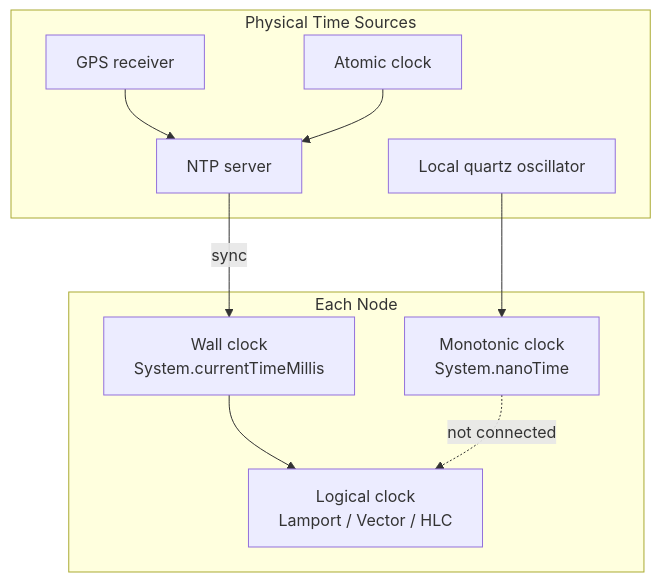
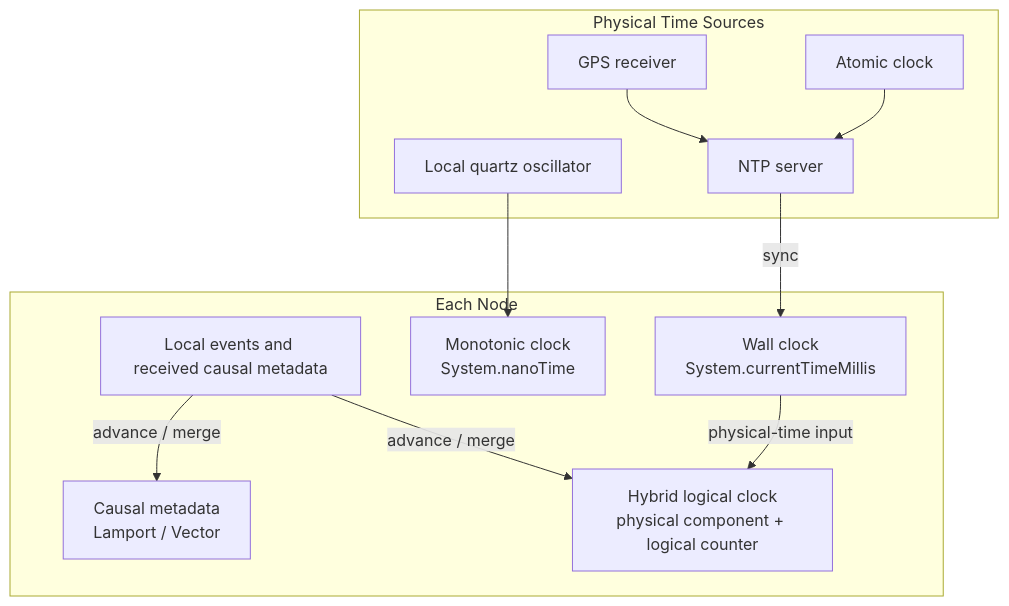
The first of 2 diagrams in engineering-fundamentals/time-and-clocks.md (swarnsingh/android-staff-engineer-playbook-website), drawn with Mermaid before and after one commit. The commit also changed other lines of this file and 142 other files, not shown here.

````diff
--- a/engineering-fundamentals/time-and-clocks.md
+++ b/engineering-fundamentals/time-and-clocks.md
@@ -229,22 +229,25 @@
 ```mermaid
 flowchart TB
     subgraph Physical["Physical Time Sources"]
         GPS[GPS receiver]
         Atomic[Atomic clock]
         NTP[NTP server]
         Quartz[Local quartz oscillator]
     end
 
     subgraph Node["Each Node"]
         Wall["Wall clock<br/>System.currentTimeMillis"]
         Mono["Monotonic clock<br/>System.nanoTime"]
-        Logical["Logical clock<br/>Lamport / Vector / HLC"]
+        Logical["Causal metadata<br/>Lamport / Vector"]
+        Hybrid["Hybrid logical clock<br/>physical component + logical counter"]
+        Events["Local events and received causal metadata"]
+        Events -->|"advance / merge"| Logical
+        Events -->|"advance / merge"| Hybrid
     end
 
     GPS --> NTP
     Atomic --> NTP
     NTP -->|sync| Wall
     Quartz --> Mono
-    Wall --> Logical
-    Mono -.->|"not connected"| Logical
+    Wall -->|"physical-time input"| Hybrid
 ```
````
